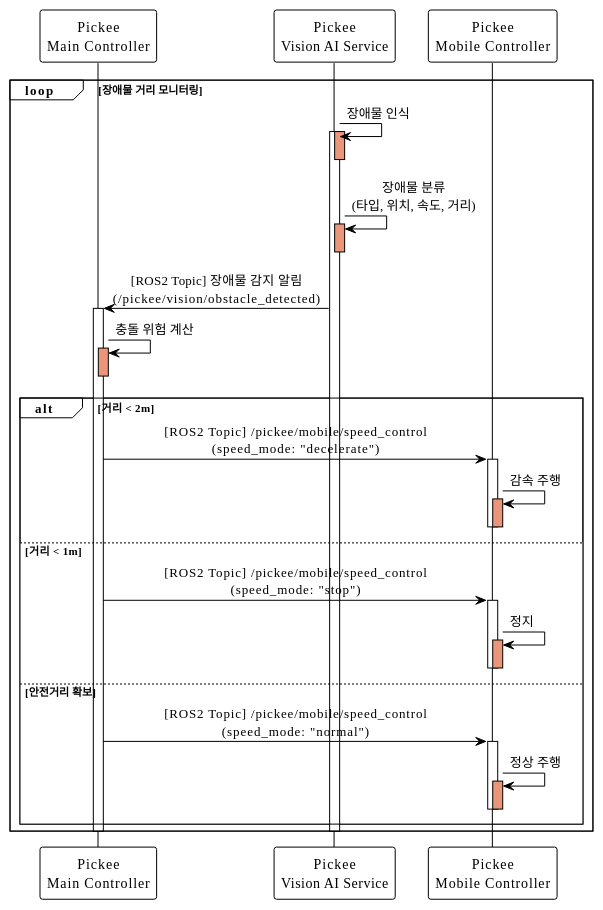
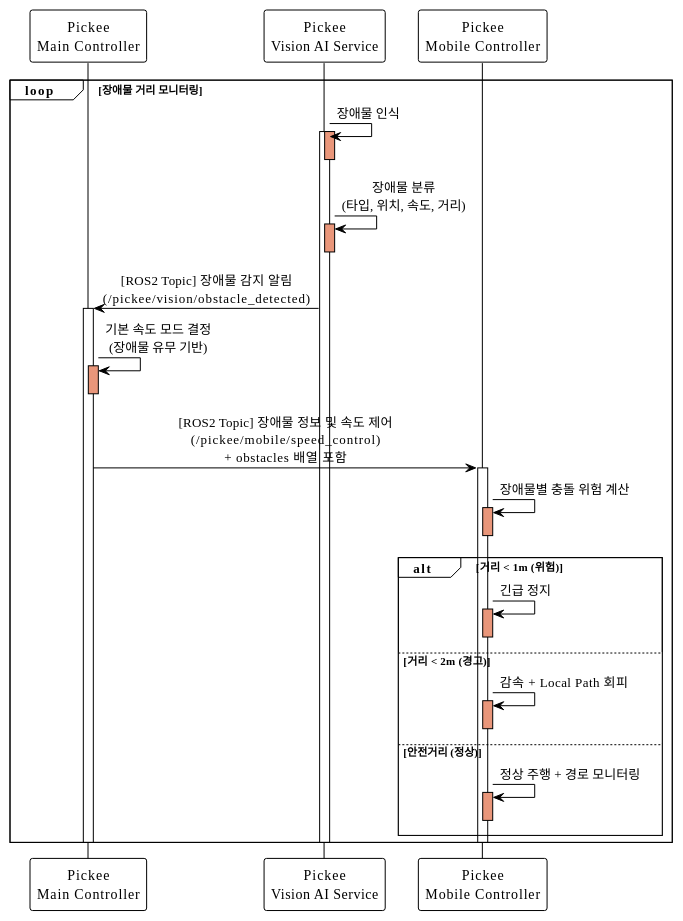
One commit to addinedu-roscamp-7th/roscamp-repo-1 changed the diagram in docs/SequenceDiagram/SC_02_2_2.md. Above: the diagram before and after it, drawn with PlantUML. The commit also changed 30 other files, not shown here.

```diff
--- a/docs/SequenceDiagram/SC_02_2_2.md
+++ b/docs/SequenceDiagram/SC_02_2_2.md
@@ -1,62 +1,56 @@
 @startuml SC_02_2_2
 !theme plain
 skinparam backgroundColor #FFFFFF
 skinparam sequenceMessageAlign center
 
 participant "Pickee\nMain Controller" as pickee_main
 participant "Pickee\nVision AI Service" as vision
 participant "Pickee\nMobile Controller" as pickee_mobile
 
 loop 장애물 거리 모니터링
     vision -> vision: 장애물 인식
     activate vision
     activate vision #DarkSalmon
     deactivate vision
     
     vision -> vision: 장애물 분류\n(타입, 위치, 속도, 거리)
     activate vision #DarkSalmon
     deactivate vision
     
     vision -> pickee_main: [ROS2 Topic] 장애물 감지 알림\n(/pickee/vision/obstacle_detected)
     activate pickee_main
     
-    pickee_main -> pickee_main: 충돌 위험 계산
+    pickee_main -> pickee_main: 기본 속도 모드 결정\n(장애물 유무 기반)
     activate pickee_main #DarkSalmon
     deactivate pickee_main
     
-    alt 거리 < 2m
-        pickee_main -> pickee_mobile: [ROS2 Topic] /pickee/mobile/speed_control\n(speed_mode: "decelerate")
-        activate pickee_mobile
-        
-        pickee_mobile -> pickee_mobile: 감속 주행
+    pickee_main -> pickee_mobile: [ROS2 Topic] 장애물 정보 및 속도 제어\n(/pickee/mobile/speed_control)\n+ obstacles 배열 포함
+    activate pickee_mobile
+    
+    pickee_mobile -> pickee_mobile: 장애물별 충돌 위험 계산
+    activate pickee_mobile #DarkSalmon
+    deactivate pickee_mobile
+    
+    alt 거리 < 1m (위험)
+        pickee_mobile -> pickee_mobile: 긴급 정지
         activate pickee_mobile #DarkSalmon
         deactivate pickee_mobile
         
-        deactivate pickee_mobile
-        
-    else 거리 < 1m
-        pickee_main -> pickee_mobile: [ROS2 Topic] /pickee/mobile/speed_control\n(speed_mode: "stop")
-        activate pickee_mobile
-        
-        pickee_mobile -> pickee_mobile: 정지
+    else 거리 < 2m (경고)
+        pickee_mobile -> pickee_mobile: 감속 + Local Path 회피
         activate pickee_mobile #DarkSalmon
         deactivate pickee_mobile
         
-        deactivate pickee_mobile
-        
-    else 안전거리 확보
-        pickee_main -> pickee_mobile: [ROS2 Topic] /pickee/mobile/speed_control\n(speed_mode: "normal")
-        activate pickee_mobile
-        
-        pickee_mobile -> pickee_mobile: 정상 주행
+    else 안전거리 (정상)
+        pickee_mobile -> pickee_mobile: 정상 주행 + 경로 모니터링
         activate pickee_mobile #DarkSalmon
         deactivate pickee_mobile
-        
-        deactivate pickee_mobile
     end
+    
+    deactivate pickee_mobile
     
     deactivate pickee_main
     deactivate vision
 end
 
 @enduml
```
